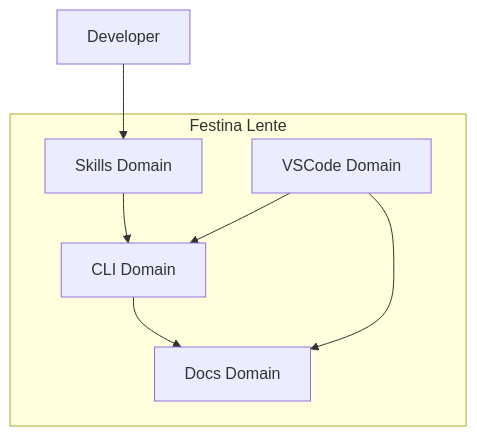
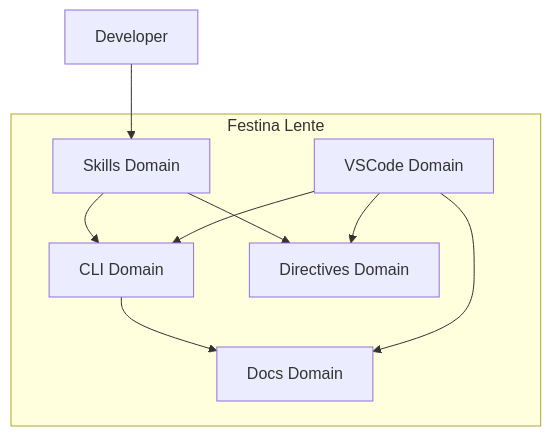
Before and after one commit to mattfletcher94/festinalente: the diagram in .festinalente/product/overview.md, drawn with Mermaid. The commit also changed other lines of this file and 21 other files, not shown here.

````diff
--- a/.festinalente/product/overview.md
+++ b/.festinalente/product/overview.md
@@ -36,15 +37,18 @@
 ```mermaid
 flowchart TB
     subgraph Festina Lente
         Skills[Skills Domain]
         CLI[CLI Domain]
         VSCode[VSCode Domain]
         Docs[Docs Domain]
+        Directives[Directives Domain]
     end
 
     Developer --> Skills
     Skills --> CLI
+    Skills --> Directives
     CLI --> Docs
     VSCode --> CLI
     VSCode --> Docs
+    VSCode --> Directives
 ```
````
